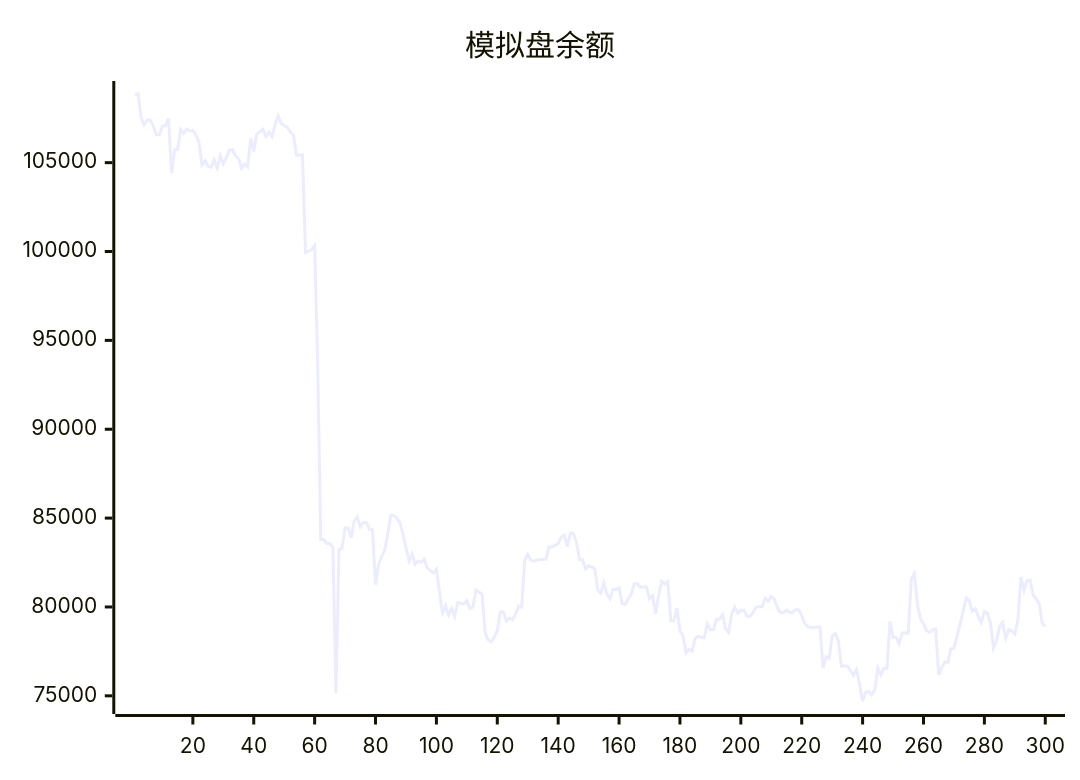
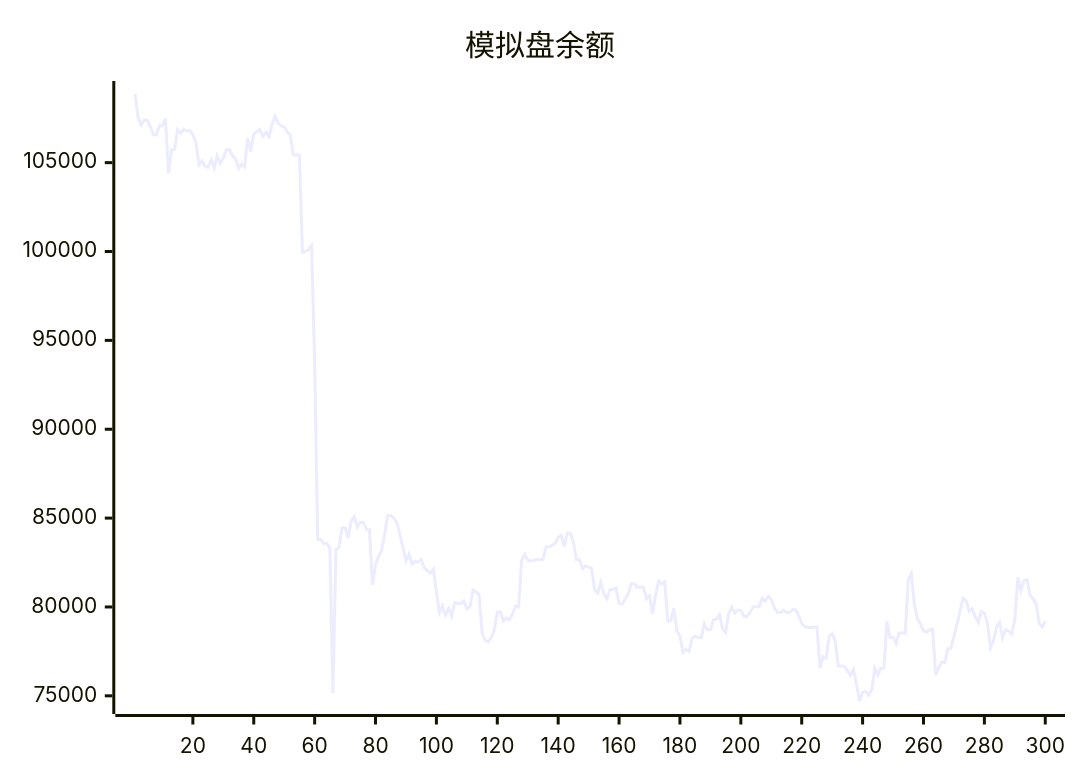
One commit to aahl/ai-trading changed the diagram in README.md. Above: the diagram before and after it, drawn with Mermaid. The commit also changed other lines of this file and 1 other file, not shown here.

````diff
--- a/README.md
+++ b/README.md
@@ -5,5 +5,5 @@
 ```mermaid
 xychart
     title "模拟盘余额"
-    line [108797,108877,107536,107134,107393,107393,107046,106565,106565,107081,107081,107478,104404,105715,105749,106866,106651,106889,106771,106816,106565,106141,104876,105103,104796,104734,105169,104690,105380,104941,105272,105709,105739,105374,105227,104691,104924,104762,106364,105628,106608,106748,106872,106485,106721,106468,107132,107620,107224,107080,107001,106717,106567,105431,105431,105440,99950,100017,100113,100337,93749,83795,83807,83567,83567,83342,75168,83222,83336,84448,84449,83896,84839,85065,84499,84757,84757,84364,84347,81254,82385,82835,83184,84099,85150,85150,85002,84751,84096,83356,82582,82983,82404,82572,82512,82688,82200,82047,81920,82125,80840,79688,80060,79552,79920,79470,80236,80208,80170,80336,79894,80006,80954,80837,80712,78561,78139,78037,78293,78682,79720,79720,79214,79372,79279,79591,80046,79993,82625,82950,82626,82571,82633,82670,82670,82681,83386,83378,83464,83579,83920,84037,83402,84160,84142,83652,82655,82655,82145,82315,82243,82163,80934,80770,81371,80742,80468,80989,80989,81067,80191,80155,80450,80737,81309,81309,81106,81119,81119,80471,80631,79624,80670,81448,81290,81429,79212,79222,79940,78643,78380,77432,77623,77504,78235,78358,78284,78277,79048,78714,78714,79290,79308,79567,78763,78563,79603,79988,79652,79813,79813,79476,79469,79673,79995,80015,80015,80486,80314,80600,80436,79966,79689,79689,79819,79692,79692,79850,79850,79518,79071,78889,78850,78850,78878,78878,76554,77202,77103,78357,78510,78106,76678,76677,76672,76411,76159,76485,75656,74695,75197,75246,75052,75334,76564,76179,76553,76551,79196,78300,78300,77944,78531,78531,78521,81564,81884,80160,79335,79055,78675,78580,78708,78764,76179,76586,76902,76876,77658,77669,78346,79023,79769,80497,80366,79761,79896,79448,79126,79749,79658,79097,77695,78114,78888,79126,78249,78738,78653,78478,79271,81680,80923,81488,81527,80681,80455,80190,79084,78879]
+    line [108877,107536,107134,107393,107393,107046,106565,106565,107081,107081,107478,104404,105715,105749,106866,106651,106889,106771,106816,106565,106141,104876,105103,104796,104734,105169,104690,105380,104941,105272,105709,105739,105374,105227,104691,104924,104762,106364,105628,106608,106748,106872,106485,106721,106468,107132,107620,107224,107080,107001,106717,106567,105431,105431,105440,99950,100017,100113,100337,93749,83795,83807,83567,83567,83342,75168,83222,83336,84448,84449,83896,84839,85065,84499,84757,84757,84364,84347,81254,82385,82835,83184,84099,85150,85150,85002,84751,84096,83356,82582,82983,82404,82572,82512,82688,82200,82047,81920,82125,80840,79688,80060,79552,79920,79470,80236,80208,80170,80336,79894,80006,80954,80837,80712,78561,78139,78037,78293,78682,79720,79720,79214,79372,79279,79591,80046,79993,82625,82950,82626,82571,82633,82670,82670,82681,83386,83378,83464,83579,83920,84037,83402,84160,84142,83652,82655,82655,82145,82315,82243,82163,80934,80770,81371,80742,80468,80989,80989,81067,80191,80155,80450,80737,81309,81309,81106,81119,81119,80471,80631,79624,80670,81448,81290,81429,79212,79222,79940,78643,78380,77432,77623,77504,78235,78358,78284,78277,79048,78714,78714,79290,79308,79567,78763,78563,79603,79988,79652,79813,79813,79476,79469,79673,79995,80015,80015,80486,80314,80600,80436,79966,79689,79689,79819,79692,79692,79850,79850,79518,79071,78889,78850,78850,78878,78878,76554,77202,77103,78357,78510,78106,76678,76677,76672,76411,76159,76485,75656,74695,75197,75246,75052,75334,76564,76179,76553,76551,79196,78300,78300,77944,78531,78531,78521,81564,81884,80160,79335,79055,78675,78580,78708,78764,76179,76586,76902,76876,77658,77669,78346,79023,79769,80497,80366,79761,79896,79448,79126,79749,79658,79097,77695,78114,78888,79126,78249,78738,78653,78478,79271,81680,80923,81488,81527,80681,80455,80190,79084,78879,79193]
 ```
````
